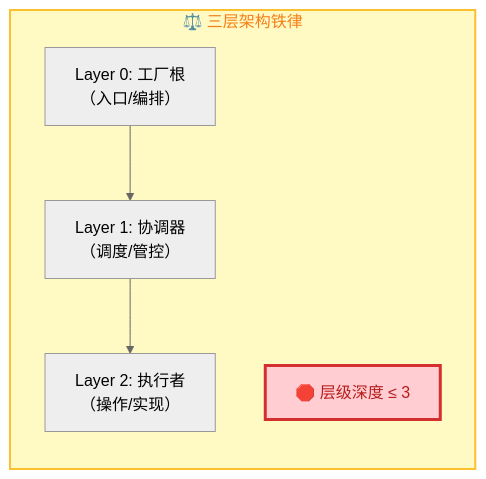
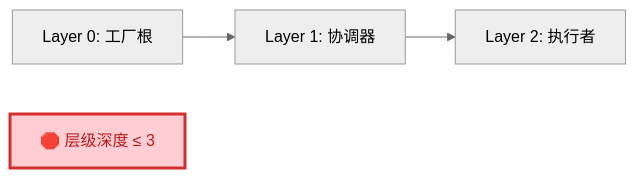
Before and after one commit to morning-start/skill-factory: the first of 2 diagrams in SKILL.md, drawn with Mermaid (neutral theme). The commit also changed other lines of this file and 3 other files, not shown here.

````diff
--- a/SKILL.md
+++ b/SKILL.md
@@ -45,16 +48,7 @@
 ```mermaid
 flowchart LR
-    subgraph 铁律 ["⚖️ 三层架构铁律"]
-        direction TB
-        L0["Layer 0: 工厂根<br/>（入口/编排）"]
-        L1["Layer 1: 协调器<br/>（调度/管控）"]
-        L2["Layer 2: 执行者<br/>（操作/实现）"]
-        
-        L0 --> L1 --> L2
-        
-        MAX["🛑 层级深度 ≤ 3"]
-    end
+    L0["Layer 0: 工厂根"] --> L1["Layer 1: 协调器"] --> L2["Layer 2: 执行者"]
+    MAX["🛑 层级深度 ≤ 3"]
     
     style MAX fill:#ffcdd2,stroke:#d32f2f,color:#b71c1c,stroke-width:3px
-    style 铁律 fill:#fff9c4,stroke:#fbc02d,color:#f57f17,stroke-width:2px
 ```
````
